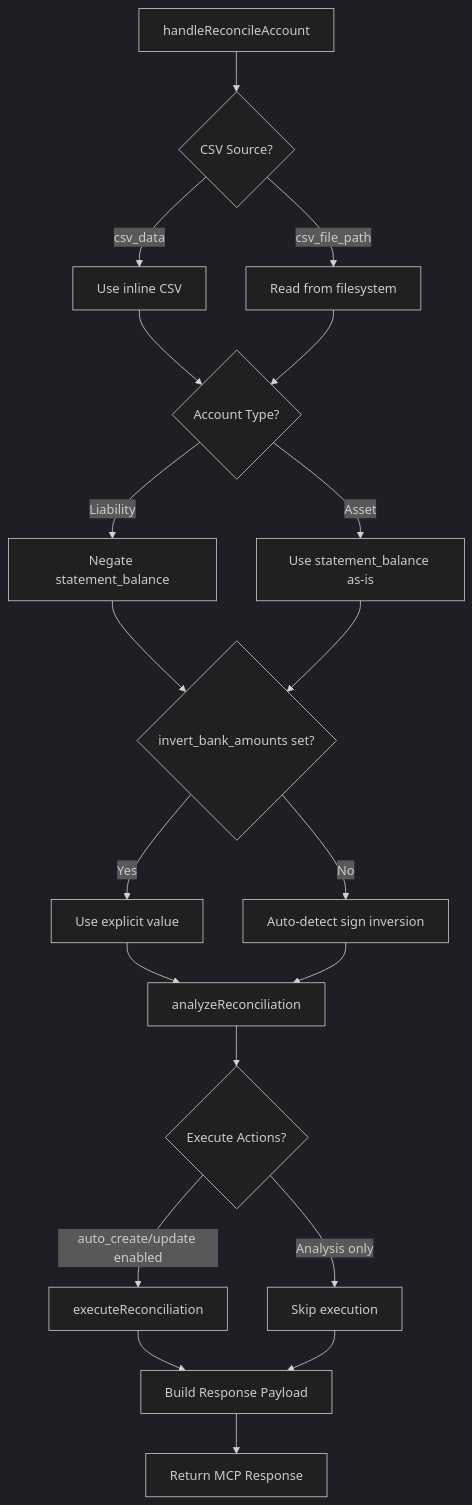
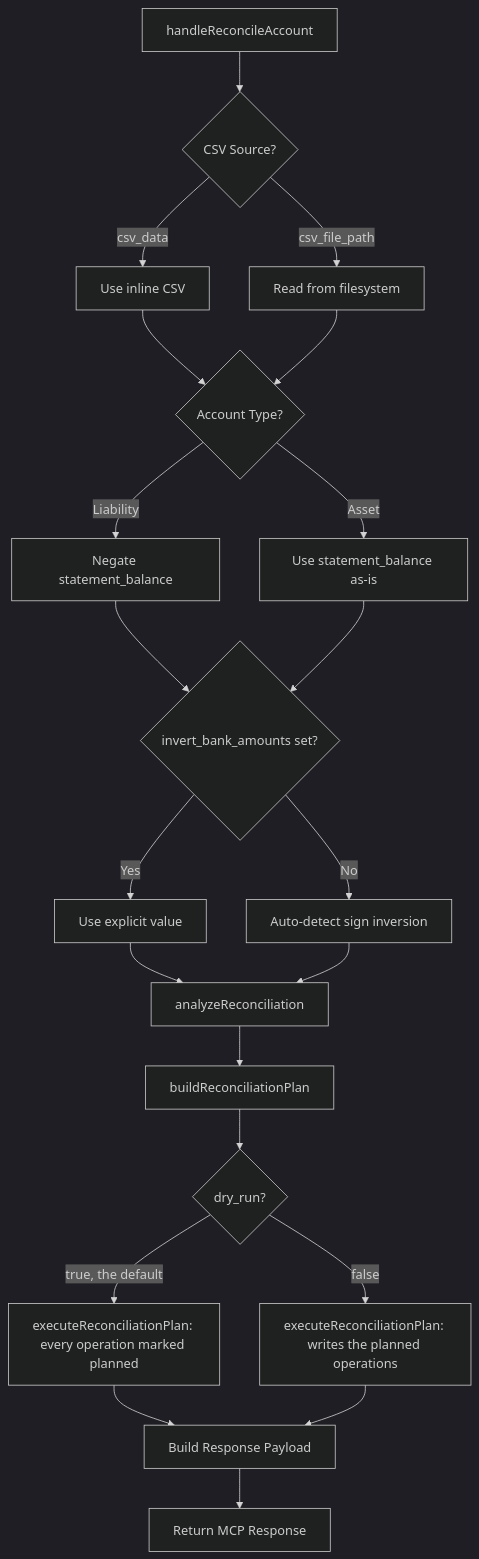
One commit to dizzlkheinz/ynab-mcpb changed the third of 16 diagrams in docs/technical/reconciliation-system-architecture.md. Above: the diagram before and after it, drawn with Mermaid (dark theme). The commit also changed other lines of this file, not shown here.

First line of the commit message:
docs: describe the plan-based reconciliation executor

````diff
--- a/docs/technical/reconciliation-system-architecture.md
+++ b/docs/technical/reconciliation-system-architecture.md
@@ -145,30 +141,31 @@
 ```mermaid
 graph TD
     A[handleReconcileAccount] --> B{CSV Source?}
     B -->|csv_data| C[Use inline CSV]
     B -->|csv_file_path| D[Read from filesystem]
 
     C --> E{Account Type?}
     D --> E
 
     E -->|Liability| F[Negate statement_balance]
     E -->|Asset| G[Use statement_balance as-is]
 
     F --> H{invert_bank_amounts set?}
     G --> H
 
     H -->|Yes| I[Use explicit value]
     H -->|No| J[Auto-detect sign inversion]
 
     I --> K[analyzeReconciliation]
     J --> K
 
-    K --> L{Execute Actions?}
-    L -->|auto_create/update enabled| M[executeReconciliation]
-    L -->|Analysis only| N[Skip execution]
+    K --> L[buildReconciliationPlan]
+    L --> M{dry_run?}
+    M -->|true, the default| N[executeReconciliationPlan: every operation marked planned]
+    M -->|false| O[executeReconciliationPlan: writes the planned operations]
 
-    M --> O[Build Response Payload]
-    N --> O
+    N --> P[Build Response Payload]
+    O --> P
 
-    O --> P[Return MCP Response]
+    P --> Q[Return MCP Response]
 ```
````
